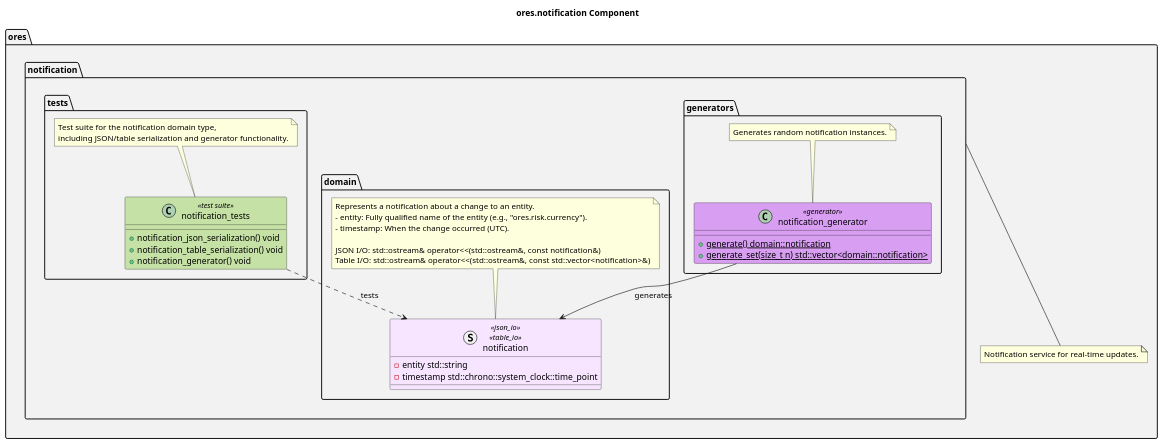
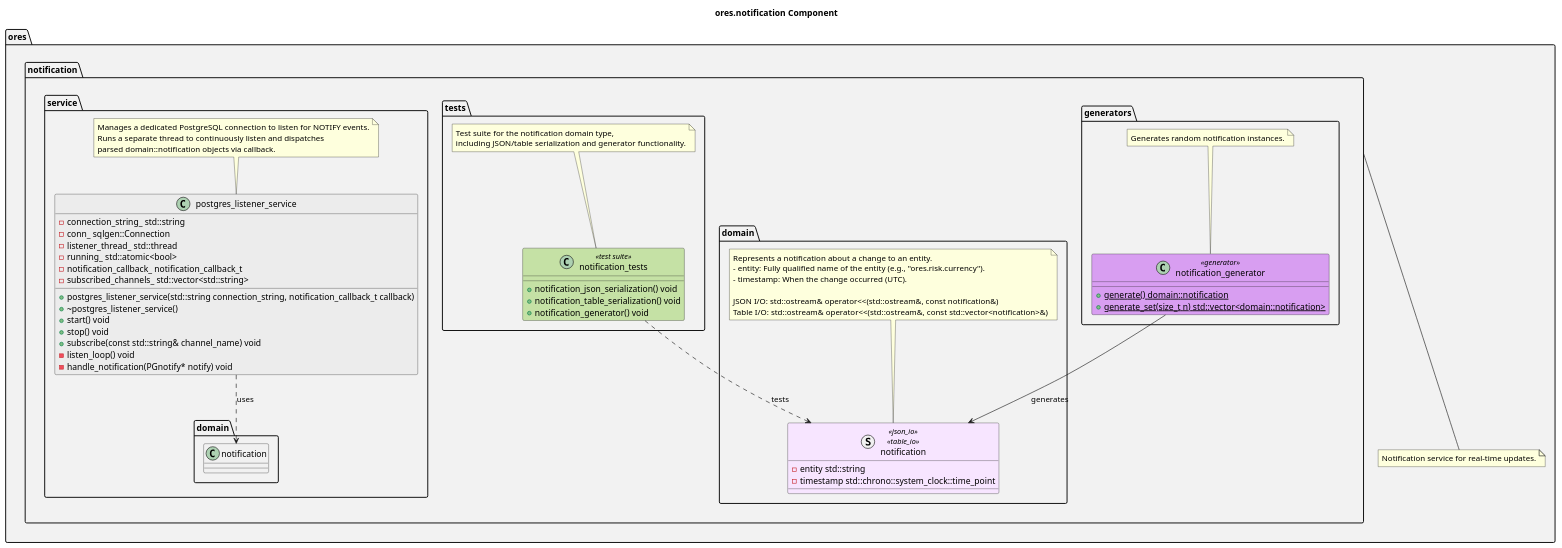
Before and after one commit to OreStudio/OreStudio: the diagram in projects/ores.notification/modeling/ores.notification.puml, drawn with PlantUML. The commit also changed 1 other file, not shown here.

Commit message:
[notification] Modeling work for postgres listener

```diff
--- a/projects/ores.notification/modeling/ores.notification.puml
+++ b/projects/ores.notification/modeling/ores.notification.puml
@@ -17,57 +17,82 @@
 @startuml
 
 title ores.notification Component
 
 set namespaceSeparator ::
 
 namespace ores #F2F2F2 {
     note "Notification service for real-time updates." as ores_notification_note
     notification --- ores_notification_note
     namespace notification #F2F2F2 {
         namespace domain #F2F2F2 {
             struct notification <<json_io>> <<table_io>> #F7E5FF {
                 -{field} entity std::string
                 -{field} timestamp std::chrono::system_clock::time_point
             }
             note top of notification
             Represents a notification about a change to an entity.
             - entity: Fully qualified name of the entity (e.g., "ores.risk.currency").
             - timestamp: When the change occurred (UTC).
 
             JSON I/O: std::ostream& operator<<(std::ostream&, const notification&)
             Table I/O: std::ostream& operator<<(std::ostream&, const std::vector<notification>&)
             end note
         }
 
         namespace generators #F2F2F2 {
             class notification_generator <<generator>> #D89EF1 {
                 +{static} generate() domain::notification
                 +{static} generate_set(size_t n) std::vector<domain::notification>
             }
             note top of notification_generator
             Generates random notification instances.
             end note
         }
 
         namespace tests #F2F2F2 {
             class notification_tests <<test suite>> #C5E1A5 {
                 +notification_json_serialization() void
                 +notification_table_serialization() void
                 +notification_generator() void
             }
             note top of notification_tests
             Test suite for the notification domain type,
             including JSON/table serialization and generator functionality.
             end note
         }
 
+        namespace service #F2F2F2 {
+            class postgres_listener_service #ECECEC {
+                +postgres_listener_service(std::string connection_string, notification_callback_t callback)
+                +~postgres_listener_service()
+                +start() void
+                +stop() void
+                +subscribe(const std::string& channel_name) void
+                -listen_loop() void
+                -handle_notification(PGnotify* notify) void
+                -{field} connection_string_ std::string
+                -{field} conn_ sqlgen::Connection
+                -{field} listener_thread_ std::thread
+                -{field} running_ std::atomic<bool>
+                -{field} notification_callback_ notification_callback_t
+                -{field} subscribed_channels_ std::vector<std::string>
+            }
+            note top of postgres_listener_service
+            Manages a dedicated PostgreSQL connection to listen for NOTIFY events.
+            Runs a separate thread to continuously listen and dispatches
+            parsed domain::notification objects via callback.
+            end note
+
+            postgres_listener_service ..> domain::notification : uses
+        }
+
         ' Relationships
         ores::notification::generators::notification_generator --> ores::notification::domain::notification : generates
         ores::notification::tests::notification_tests ..> ores::notification::domain::notification : tests
     }
 }
 
 ' Local Variables:
 ' compile-command: "java -Djava.awt.headless=true -DPLANTUML_SECURITY_PROFILE=UNSECURE -DPLANTUML_LIMIT_SIZE=65535 -jar /usr/share/plantuml/plantuml.jar ores.notification.puml"
 ' End:
 @enduml
```
